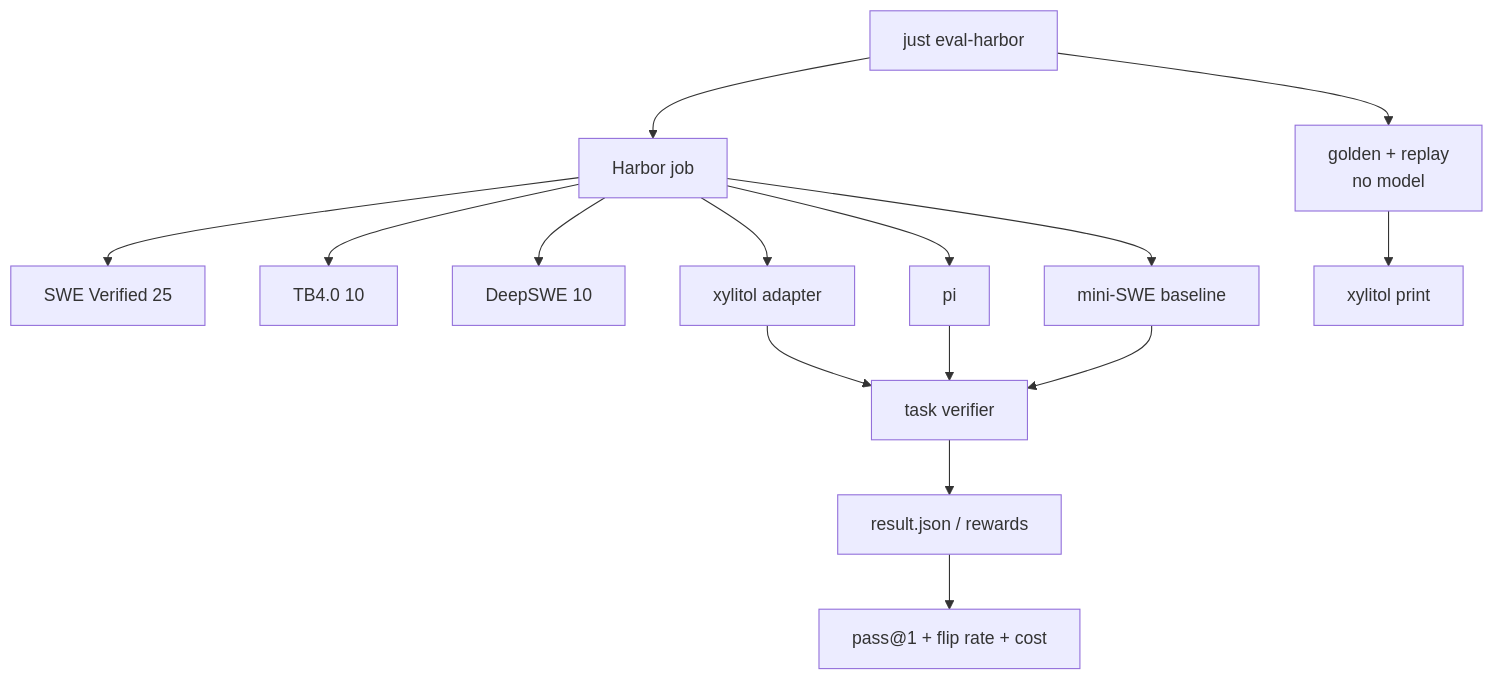
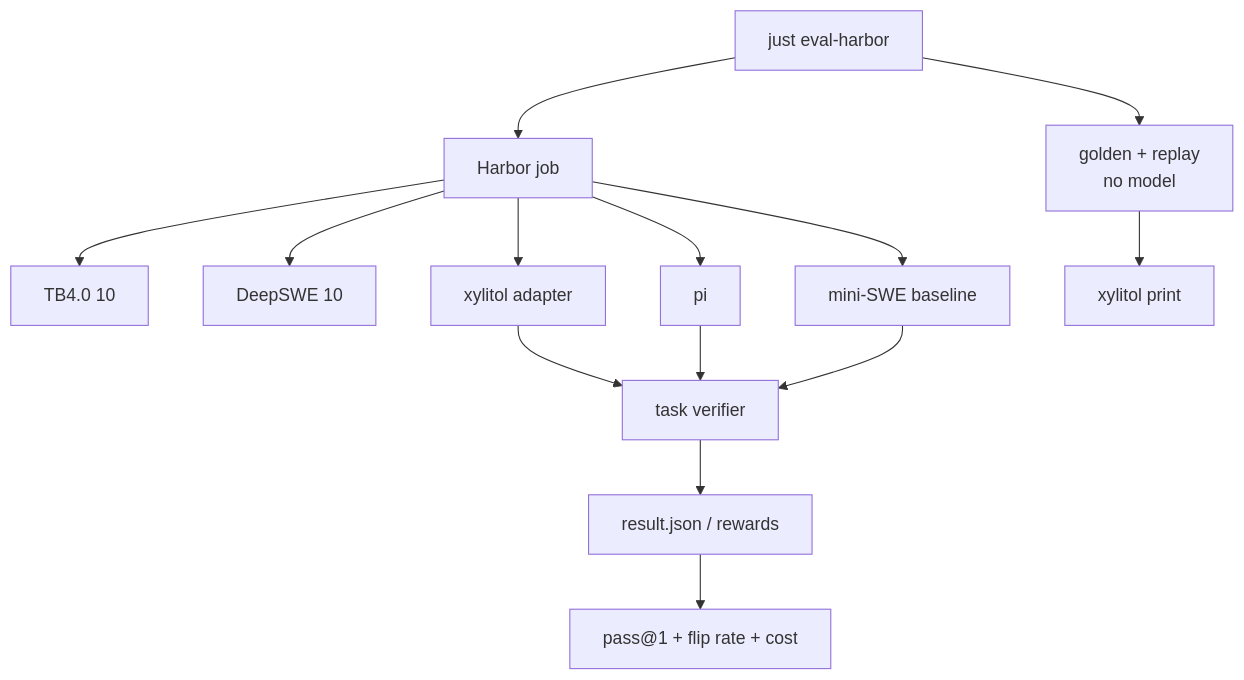
The diagram in llmanspec/changes/c3006-add-minimal-eval-harness/design.md (StrayDragon/xylitol), drawn with Mermaid before and after one commit. The commit also changed other lines of this file and 20 other files, not shown here.

````diff
--- a/llmanspec/changes/c3006-add-minimal-eval-harness/design.md
+++ b/llmanspec/changes/c3006-add-minimal-eval-harness/design.md
@@ -31,17 +31,16 @@
 ```mermaid
 flowchart TB
   CLI["just eval-harbor"] --> H["Harbor job"]
-  H --> D1["SWE Verified 25"]
   H --> D2["TB4.0 10"]
   H --> D3["DeepSWE 10"]
   H --> A1["xylitol adapter"]
   H --> A2["pi"]
   H --> A3["mini-SWE baseline"]
   A1 --> V["task verifier"]
   A2 --> V
   A3 --> V
   V --> R["result.json / rewards"]
   R --> M["pass@1 + flip rate + cost"]
   CLI --> G["golden + replay<br/>no model"]
   G --> P["xylitol print"]
 ```
````
